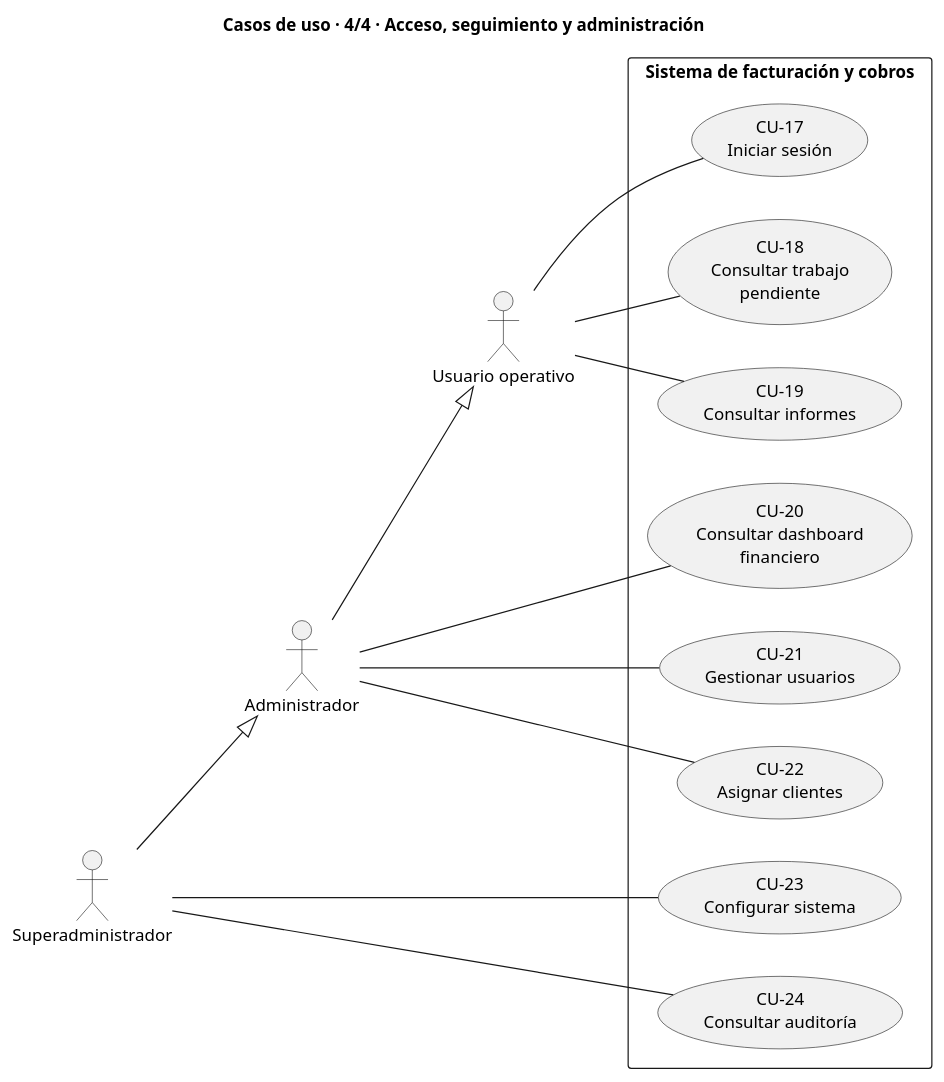
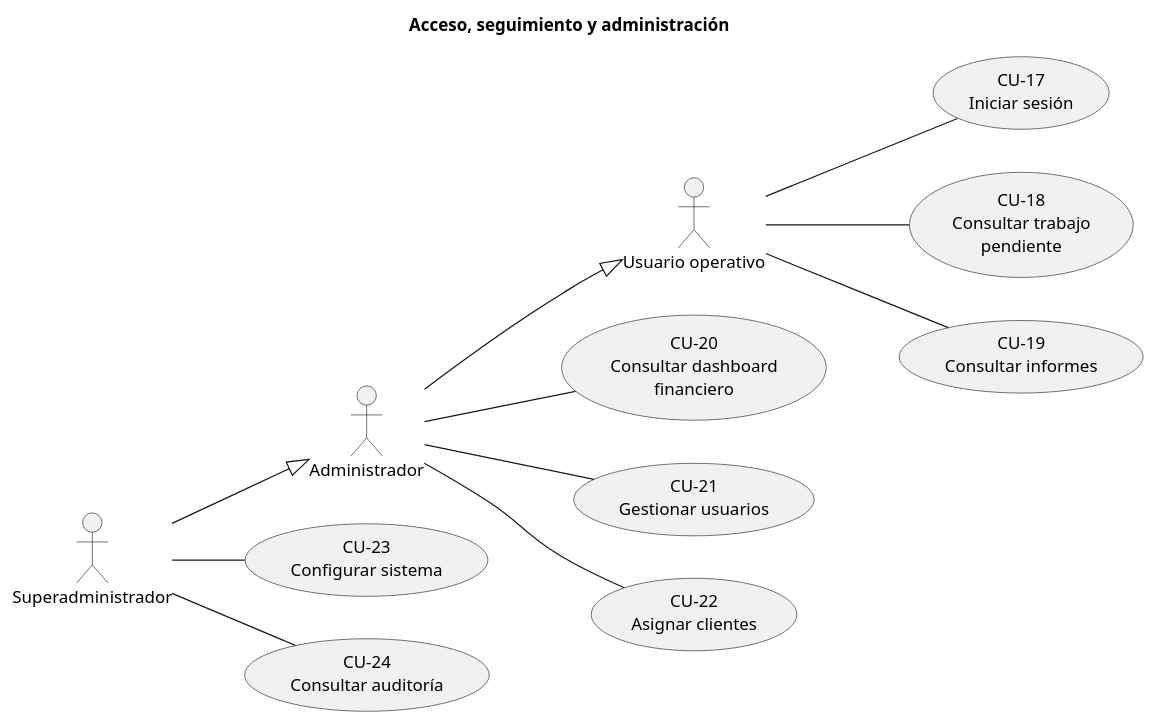
Before and after one commit to shadow-251/Trabajo-ADAP: the diagram in Casos_De_Uso/Casos de uso Jorge/diagramas/diagrama_4_seguimiento_administracion.puml, drawn with PlantUML. The commit also changed 3 other files, not shown here.

Commit message:
Editar diagramas PUML

```diff
--- a/Casos_De_Uso/Casos de uso Jorge/diagramas/diagrama_4_seguimiento_administracion.puml
+++ b/Casos_De_Uso/Casos de uso Jorge/diagramas/diagrama_4_seguimiento_administracion.puml
@@ -1,33 +1,31 @@
 @startuml diagrama_4_seguimiento_administracion
-title Casos de uso · 4/4 · Acceso, seguimiento y administración
+title Acceso, seguimiento y administración
 
 left to right direction
 
 actor "Usuario operativo" as UO
 actor "Administrador" as ADM
 actor "Superadministrador" as SA
 
 ADM --|> UO
 SA --|> ADM
 
-rectangle "Sistema de facturación y cobros" {
-  usecase "CU-17\nIniciar sesión" as CU17
-  usecase "CU-18\nConsultar trabajo\npendiente" as CU18
-  usecase "CU-19\nConsultar informes" as CU19
-  usecase "CU-20\nConsultar dashboard\nfinanciero" as CU20
-  usecase "CU-21\nGestionar usuarios" as CU21
-  usecase "CU-22\nAsignar clientes" as CU22
-  usecase "CU-23\nConfigurar sistema" as CU23
-  usecase "CU-24\nConsultar auditoría" as CU24
-}
+usecase "CU-17\nIniciar sesión" as CU17
+usecase "CU-18\nConsultar trabajo\npendiente" as CU18
+usecase "CU-19\nConsultar informes" as CU19
+usecase "CU-20\nConsultar dashboard\nfinanciero" as CU20
+usecase "CU-21\nGestionar usuarios" as CU21
+usecase "CU-22\nAsignar clientes" as CU22
+usecase "CU-23\nConfigurar sistema" as CU23
+usecase "CU-24\nConsultar auditoría" as CU24
 
 UO -- CU17
 UO -- CU18
 UO -- CU19
 ADM -- CU20
 ADM -- CU21
 ADM -- CU22
 SA -- CU23
 SA -- CU24
 
 @enduml
```
